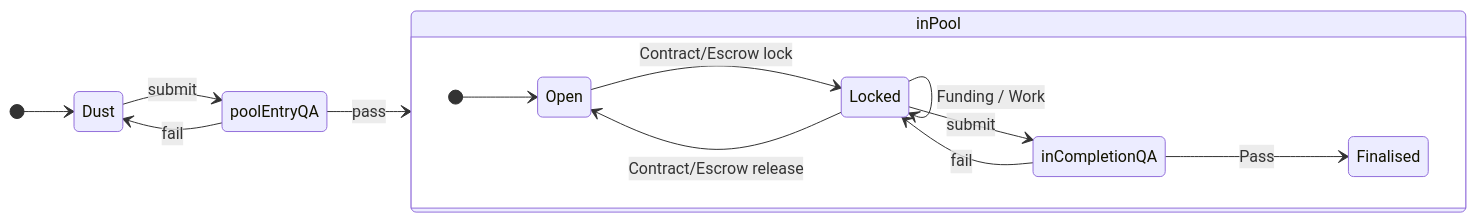
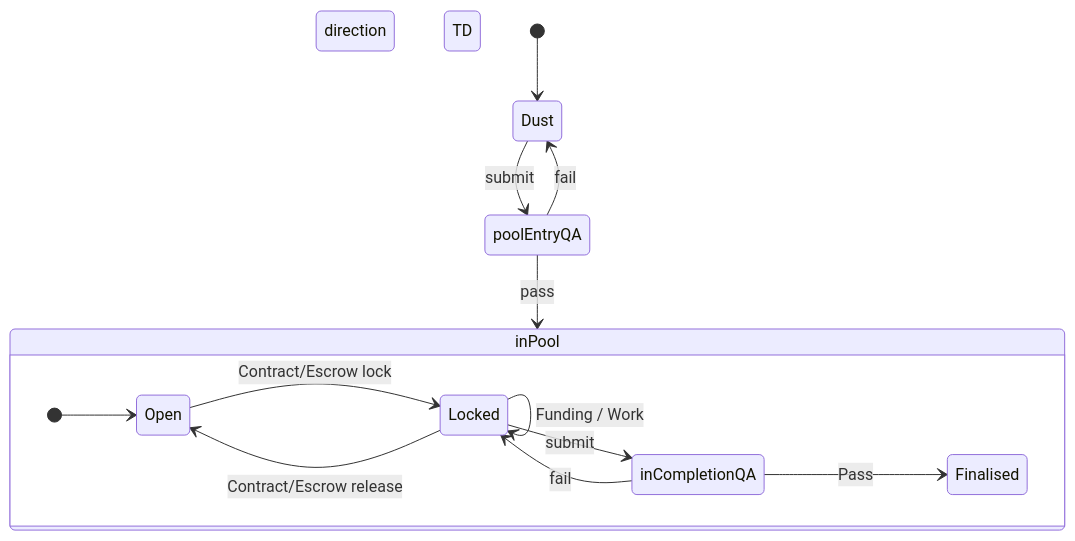
One commit to dreamcatcher-tech/network changed the diagram in website/pool/Pool_Process.md. Above: the diagram before and after it, drawn with Mermaid.

Commit message:
Pool_Process.md diagram made vertical
This diagram is the main talking point in describing how the Dreamcatcher works.  It needs to be legible on a mobile phone screen.

````diff
--- a/website/pool/Pool_Process.md
+++ b/website/pool/Pool_Process.md
@@ -32,22 +32,22 @@
 ```mermaid
 
 stateDiagram
-    direction LR
+    direction TD
 
 
     [*] --> Dust
     Dust --> poolEntryQA : submit
     poolEntryQA --> Dust : fail
     poolEntryQA --> inPool : pass
     state inPool {
       direction LR
     [*] --> Open
       inCompletionQA --> Locked : fail
       Locked --> inCompletionQA : submit
       Open --> Locked : Contract/Escrow lock
       Locked --> Open : Contract/Escrow release
       Locked --> Locked : Funding / Work
     inCompletionQA --> Finalised : Pass
     }
 
 ```
````
